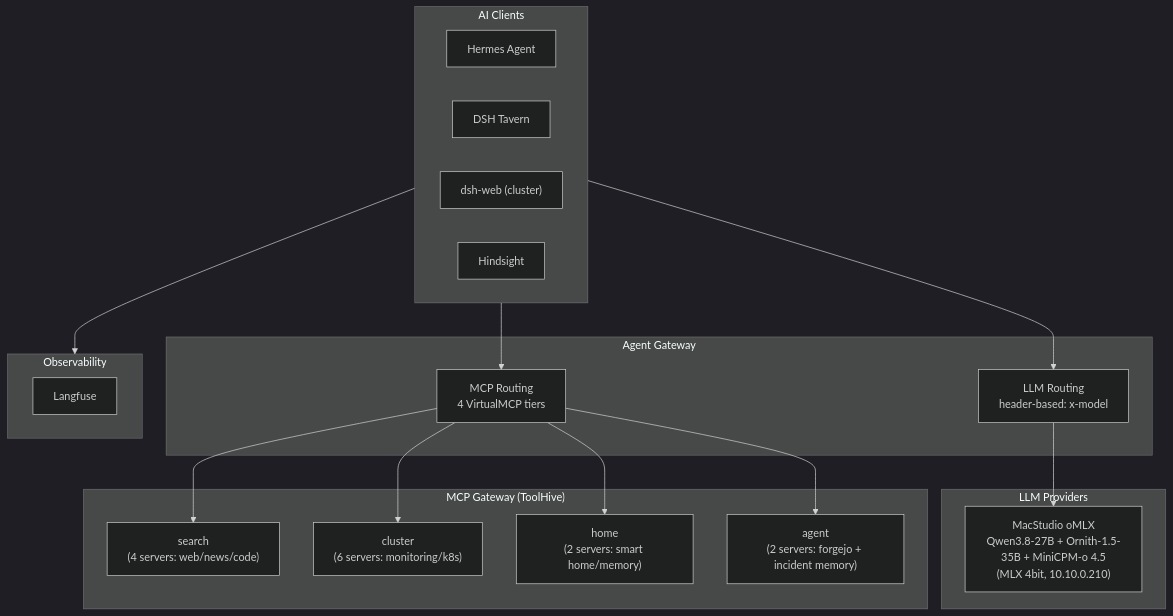
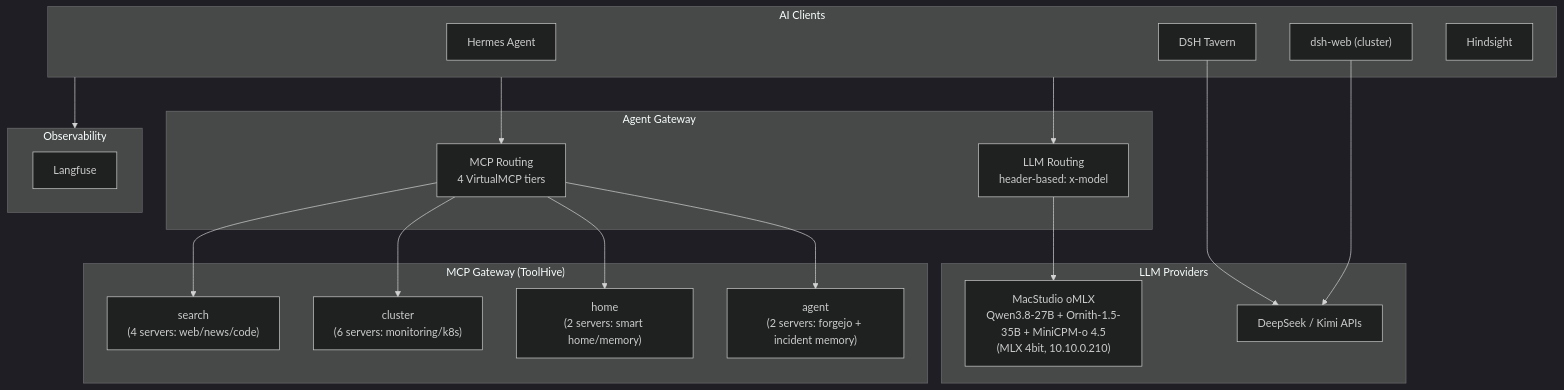
The diagram in docs/application/ai.md (soulwhisper/home-ops), drawn with Mermaid (dark theme) before and after one commit. The commit also changed other lines of this file and 3 other files, not shown here.

````diff
--- a/docs/application/ai.md
+++ b/docs/application/ai.md
@@ -8,38 +8,41 @@
 ```mermaid
 flowchart TB
     subgraph Clients["AI Clients"]
         Hermes["Hermes Agent"]
         Tavern["DSH Tavern"]
         DSHW["dsh-web (cluster)"]
         HS["Hindsight"]
     end
 
     subgraph Gateway["Agent Gateway"]
         AG-LLM["LLM Routing<br/>header-based: x-model"]
         AG-MCP["MCP Routing<br/>4 VirtualMCP tiers"]
     end
 
     subgraph LLM["LLM Providers"]
         Studio["MacStudio oMLX<br/>Qwen3.8-27B + Ornith-1.5-35B + MiniCPM-o 4.5<br/>(MLX 4bit, 10.10.0.210)"]
+        External["DeepSeek / Kimi APIs"]
     end
 
     subgraph MCP["MCP Gateway (ToolHive)"]
         VMCP-SEARCH["search<br/>(4 servers: web/news/code)"]
         VMCP-CLUSTER["cluster<br/>(6 servers: monitoring/k8s)"]
         VMCP-HOME["home<br/>(2 servers: smart home/memory)"]
         VMCP-AGENT["agent<br/>(2 servers: forgejo + incident memory)"]
     end
 
     subgraph Obs["Observability"]
         Langfuse["Langfuse"]
     end
 
     Clients --> AG-LLM
     Clients --> AG-MCP
     AG-LLM --> Studio
     AG-MCP --> VMCP-SEARCH
     AG-MCP --> VMCP-CLUSTER
     AG-MCP --> VMCP-HOME
     AG-MCP --> VMCP-AGENT
+    Tavern --> External
+    DSHW --> External
     Clients --> Obs
 ```
````
